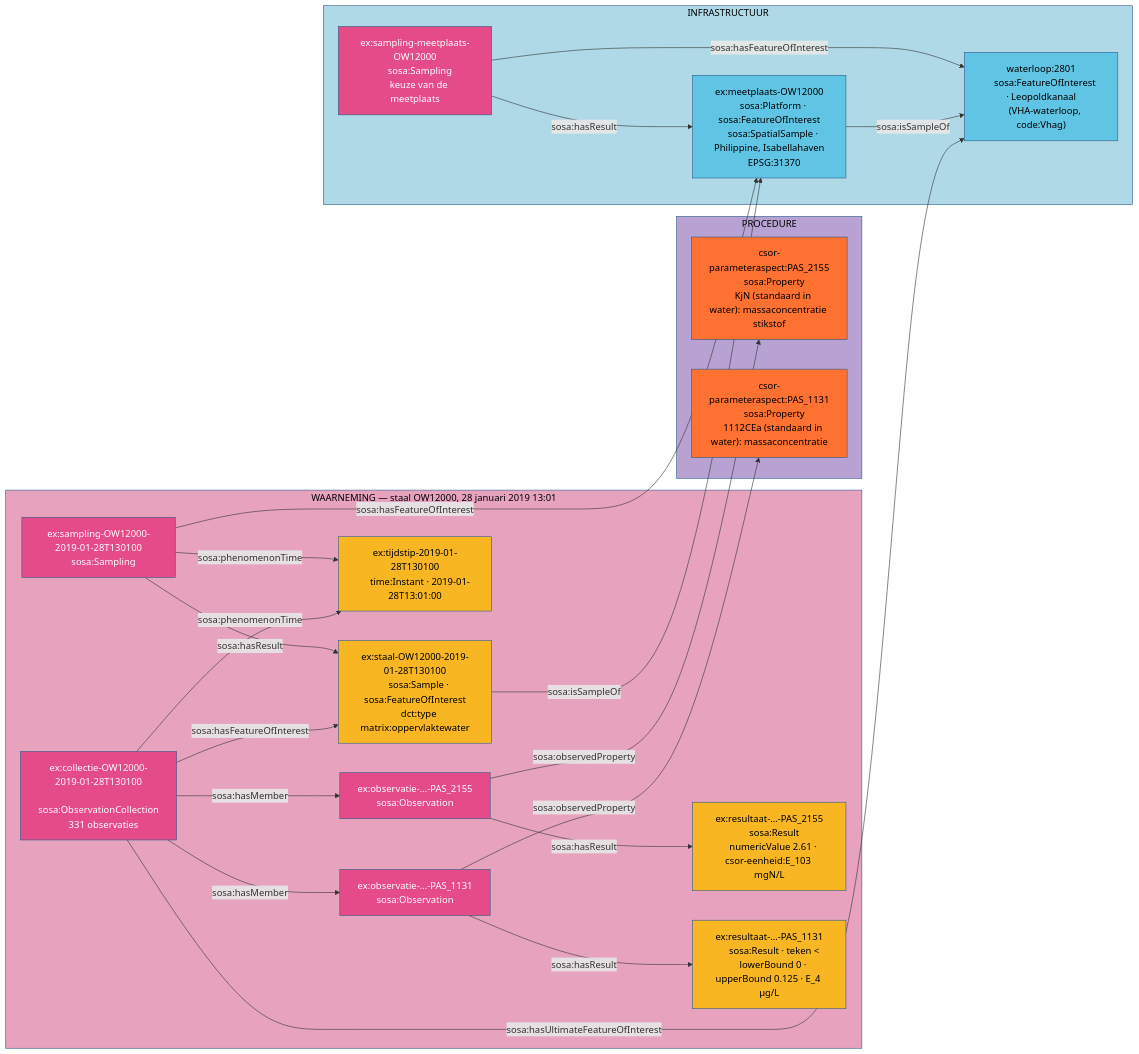
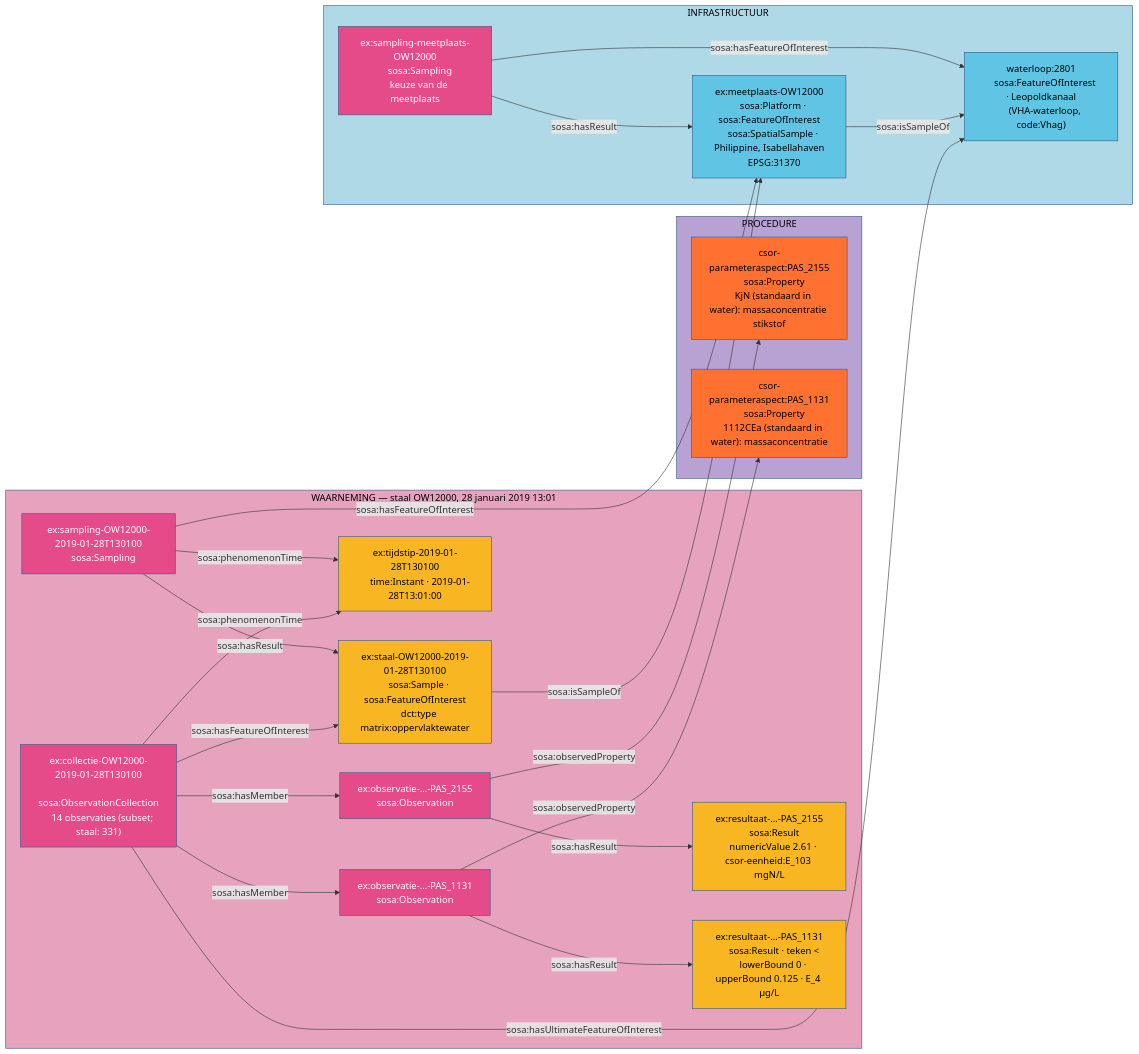
One commit to Informatievlaanderen/OSLOthema-SSNSOSA-VL changed the diagram in src/main/input/waterkwaliteit/nieuw_model/oppervlaktewater_concentraties/oppervlaktewater_concentraties.mmd. Above: the diagram before and after it, drawn with Mermaid. The commit also changed 77 other files, not shown here.

```diff
--- a/src/main/input/waterkwaliteit/nieuw_model/oppervlaktewater_concentraties/oppervlaktewater_concentraties.mmd
+++ b/src/main/input/waterkwaliteit/nieuw_model/oppervlaktewater_concentraties/oppervlaktewater_concentraties.mmd
@@ -1,80 +1,80 @@
 flowchart LR
 
 subgraph PROC["PROCEDURE"]
     PA1["csor-parameteraspect:PAS_2155
     sosa:Property
     KjN (standaard in water): massaconcentratie stikstof"]
     PA2["csor-parameteraspect:PAS_1131
     sosa:Property
     1112CEa (standaard in water): massaconcentratie"]
 end
 
 subgraph INFRA["INFRASTRUCTUUR"]
     I1["waterloop:2801
     sosa:FeatureOfInterest · Leopoldkanaal
     (VHA-waterloop, code:Vhag)"]
     I2["ex:meetplaats-OW12000
     sosa:Platform · sosa:FeatureOfInterest
     sosa:SpatialSample · Philippine, Isabellahaven
     EPSG:31370"]
     K1["ex:sampling-meetplaats-OW12000
     sosa:Sampling
     keuze van de meetplaats"]
 end
 
 subgraph WAAR["WAARNEMING — staal OW12000, 28 januari 2019 13:01"]
     S1["ex:sampling-OW12000-2019-01-28T130100
     sosa:Sampling"]
     S2["ex:staal-OW12000-2019-01-28T130100
     sosa:Sample · sosa:FeatureOfInterest
     dct:type matrix:oppervlaktewater"]
     T1["ex:tijdstip-2019-01-28T130100
     time:Instant · 2019-01-28T13:01:00"]
     C1["ex:collectie-OW12000-2019-01-28T130100
     sosa:ObservationCollection
-    331 observaties"]
+    14 observaties (subset; staal: 331)"]
     O1["ex:observatie-…-PAS_2155
     sosa:Observation"]
     R1["ex:resultaat-…-PAS_2155
     sosa:Result
     numericValue 2.61 · csor-eenheid:E_103 mgN/L"]
     O2["ex:observatie-…-PAS_1131
     sosa:Observation"]
     R2["ex:resultaat-…-PAS_1131
     sosa:Result · teken &lt;
     lowerBound 0 · upperBound 0.125 · E_4 µg/L"]
 end
 
 K1 -->|sosa:hasFeatureOfInterest| I1
 K1 -->|sosa:hasResult| I2
 I2 -->|sosa:isSampleOf| I1
 S1 -->|sosa:hasFeatureOfInterest| I2
 S1 -->|sosa:phenomenonTime| T1
 S1 -->|sosa:hasResult| S2
 S2 -->|sosa:isSampleOf| I2
 C1 -->|sosa:hasFeatureOfInterest| S2
 C1 -->|sosa:hasUltimateFeatureOfInterest| I1
 C1 -->|sosa:phenomenonTime| T1
 C1 -->|sosa:hasMember| O1
 C1 -->|sosa:hasMember| O2
 O1 -->|sosa:observedProperty| PA1
 O1 -->|sosa:hasResult| R1
 O2 -->|sosa:observedProperty| PA2
 O2 -->|sosa:hasResult| R2
 
 style PROC fill:#b8a2d4,stroke:#2E5C8A,color:#000
 style INFRA fill:#b0d9e7,stroke:#2E5C8A,color:#000
 style WAAR fill:#e7a3be,stroke:#2E5C8A,color:#000
 style PA1 fill:#fe7130,stroke:#2E5C8A,color:#000
 style PA2 fill:#fe7130,stroke:#2E5C8A,color:#000
 style I1 fill:#60c4e4,stroke:#2E5C8A,color:#000
 style I2 fill:#60c4e4,stroke:#2E5C8A,color:#000
 style K1 fill:#e54b89,stroke:#2E5C8A,color:#fff
 style S1 fill:#e54b89,stroke:#2E5C8A,color:#fff
 style S2 fill:#f8b622,stroke:#2E5C8A,color:#000
 style T1 fill:#f8b622,stroke:#2E5C8A,color:#000
 style C1 fill:#e54b89,stroke:#2E5C8A,color:#fff
 style O1 fill:#e54b89,stroke:#2E5C8A,color:#fff
 style O2 fill:#e54b89,stroke:#2E5C8A,color:#fff
 style R1 fill:#f8b622,stroke:#2E5C8A,color:#000
 style R2 fill:#f8b622,stroke:#2E5C8A,color:#000
```
